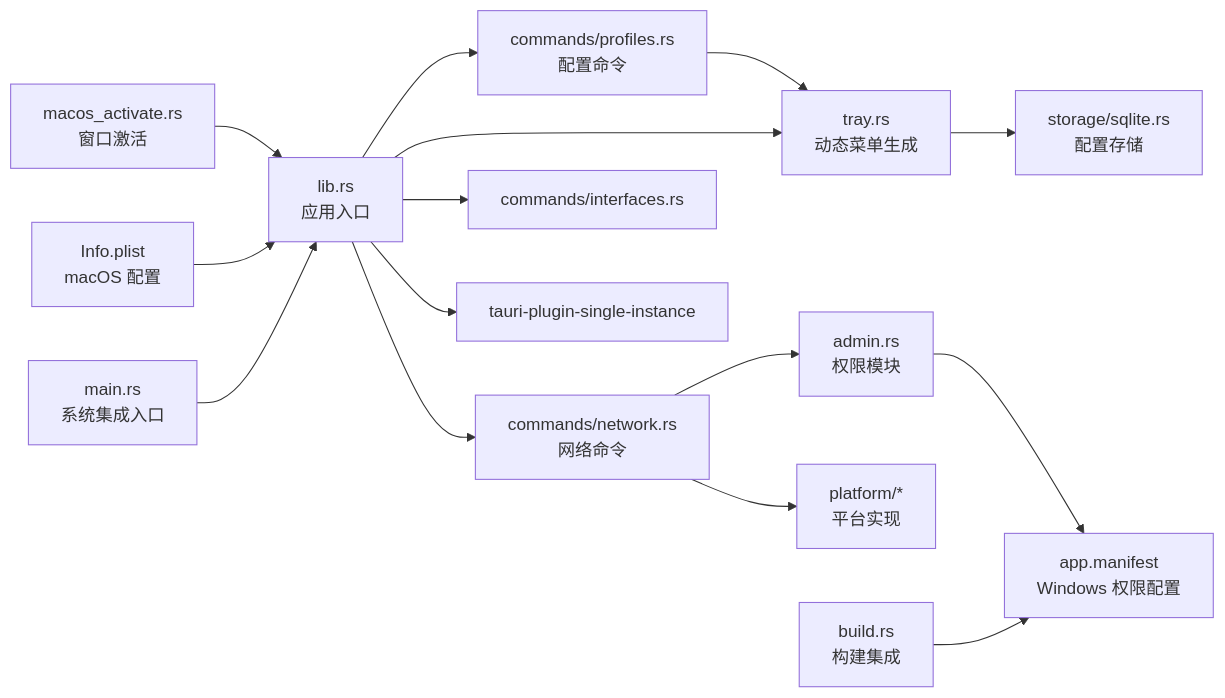
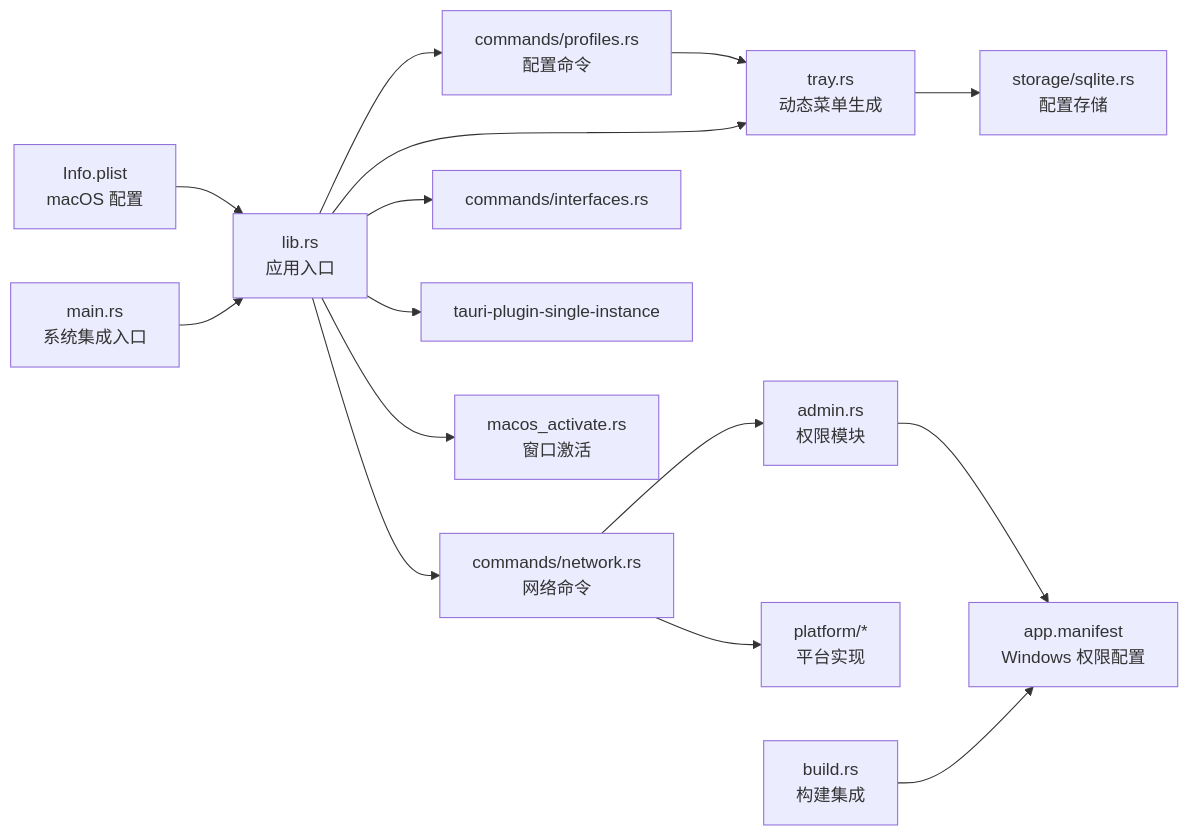
Before and after one commit to xdongliang/IPSwitcher: diagram 11 of 11 in .qoder/repowiki/zh/content/系统集成/系统集成.md, drawn with Mermaid. The commit also changed other lines of this file and 3 other files, not shown here.

````diff
--- a/.qoder/repowiki/zh/content/系统集成/系统集成.md
+++ b/.qoder/repowiki/zh/content/系统集成/系统集成.md
@@ -497,17 +550,17 @@
 ```mermaid
 graph LR
 Tray["tray.rs<br/>动态菜单生成"] --> Repo["storage/sqlite.rs<br/>配置存储"]
 NetCmd["commands/network.rs<br/>网络命令"] --> Admin["admin.rs<br/>权限模块"]
 NetCmd --> Plat["platform/*<br/>平台实现"]
 ProfCmd["commands/profiles.rs<br/>配置命令"] --> Tray
 Lib["lib.rs<br/>应用入口"] --> Tray
 Lib --> NetCmd
 Lib --> ProfCmd
 Lib --> InterfacesCmd["commands/interfaces.rs"]
 Lib --> Single["tauri-plugin-single-instance"]
+Lib --> Activate["macos_activate.rs<br/>窗口激活"]
 Admin --> Manifest["app.manifest<br/>Windows 权限配置"]
 Build["build.rs<br/>构建集成"] --> Manifest
-MacOSActivate["macos_activate.rs<br/>窗口激活"] --> Lib
 InfoPlist["Info.plist<br/>macOS 配置"] --> Lib
 Main["main.rs<br/>系统集成入口"] --> Lib
 ```
````
